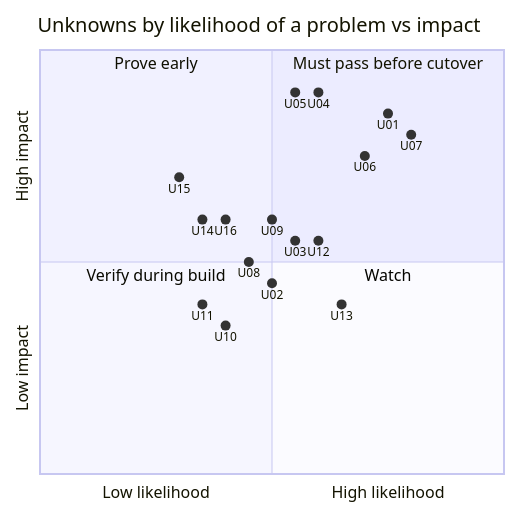
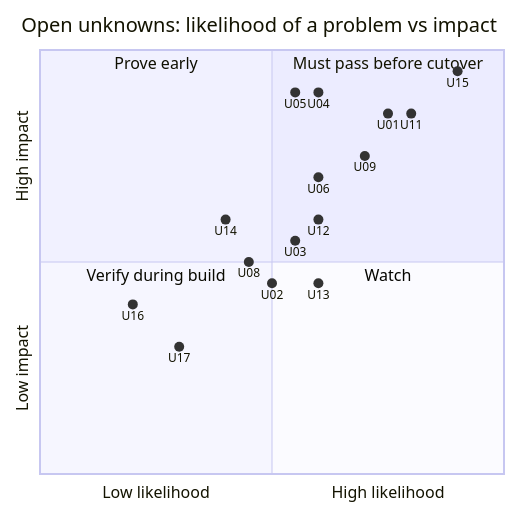
The diagram in migration/03-unknowns-register.md (infroid/temporal-vs-dagster), drawn with Mermaid before and after one commit. The commit also changed other lines of this file and 6 other files, not shown here.

````diff
--- a/migration/03-unknowns-register.md
+++ b/migration/03-unknowns-register.md
@@ -11,26 +12,25 @@
 ```mermaid
 quadrantChart
-  title Unknowns by likelihood of a problem vs impact
+  title Open unknowns: likelihood of a problem vs impact
   x-axis Low likelihood --> High likelihood
   y-axis Low impact --> High impact
   quadrant-1 Must pass before cutover
   quadrant-2 Prove early
   quadrant-3 Verify during build
   quadrant-4 Watch
+  U15: [0.9, 0.95]
+  U11: [0.8, 0.85]
   U01: [0.75, 0.85]
+  U09: [0.7, 0.75]
   U04: [0.6, 0.9]
   U05: [0.55, 0.9]
-  U06: [0.7, 0.75]
-  U07: [0.8, 0.8]
+  U06: [0.6, 0.7]
+  U12: [0.6, 0.6]
+  U03: [0.55, 0.55]
+  U13: [0.6, 0.45]
   U02: [0.5, 0.45]
-  U03: [0.55, 0.55]
   U08: [0.45, 0.5]
-  U09: [0.5, 0.6]
-  U12: [0.6, 0.55]
-  U13: [0.65, 0.4]
-  U14: [0.35, 0.6]
-  U15: [0.3, 0.7]
-  U16: [0.4, 0.6]
-  U10: [0.4, 0.35]
-  U11: [0.35, 0.4]
+  U14: [0.4, 0.6]
+  U16: [0.2, 0.4]
+  U17: [0.3, 0.3]
 ```
````
